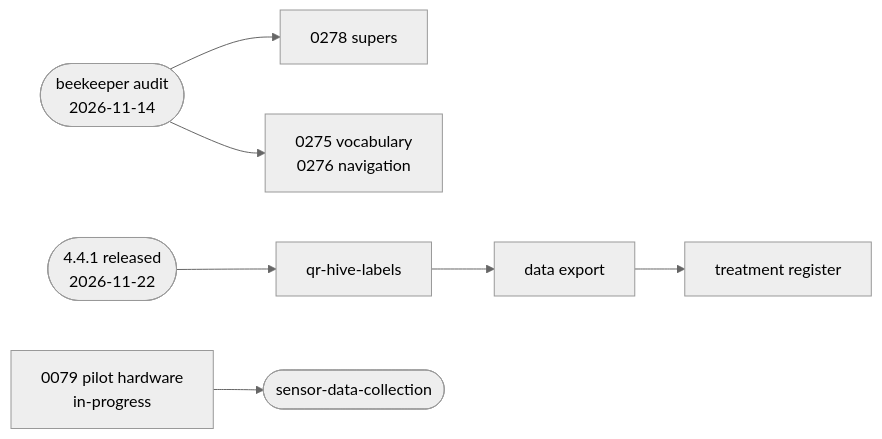
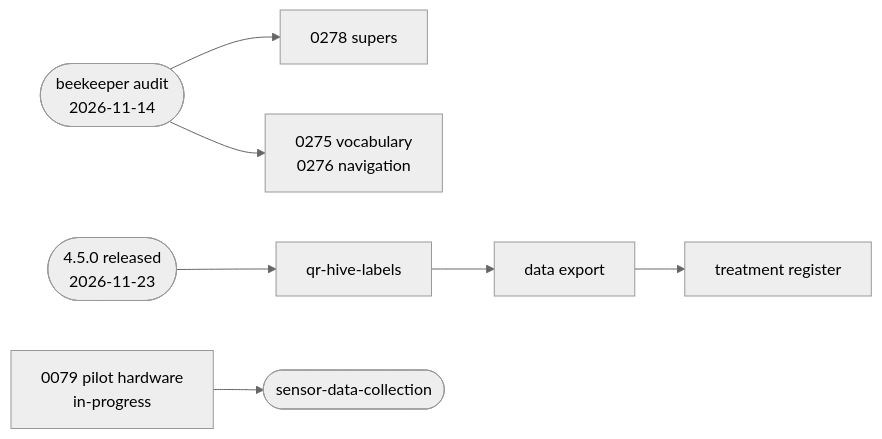
The diagram in docs/project-management/roadmap.md (deburca/hivelog), drawn with Mermaid (neutral theme) before and after one commit. The commit also changed other lines of this file and 2 other files, not shown here.

Commit message:
docs: 4.5.0 released (vault) (#241)

````diff
--- a/docs/project-management/roadmap.md
+++ b/docs/project-management/roadmap.md
@@ -159,8 +162,8 @@
 ```mermaid
 flowchart LR
-  Rel(["4.4.1 released<br/>2026-11-22"])
+  Rel(["4.5.0 released<br/>2026-11-23"])
   Audit(["beekeeper audit<br/>2026-11-14"]) --> A278["0278 supers"]
   Audit --> A275["0275 vocabulary<br/>0276 navigation"]
   Rel --> Q["qr-hive-labels"] --> E["data export"] --> T["treatment register"]
   T79["0079 pilot hardware<br/>in-progress"] --> Sensors(["sensor-data-collection"])
 ```
````
